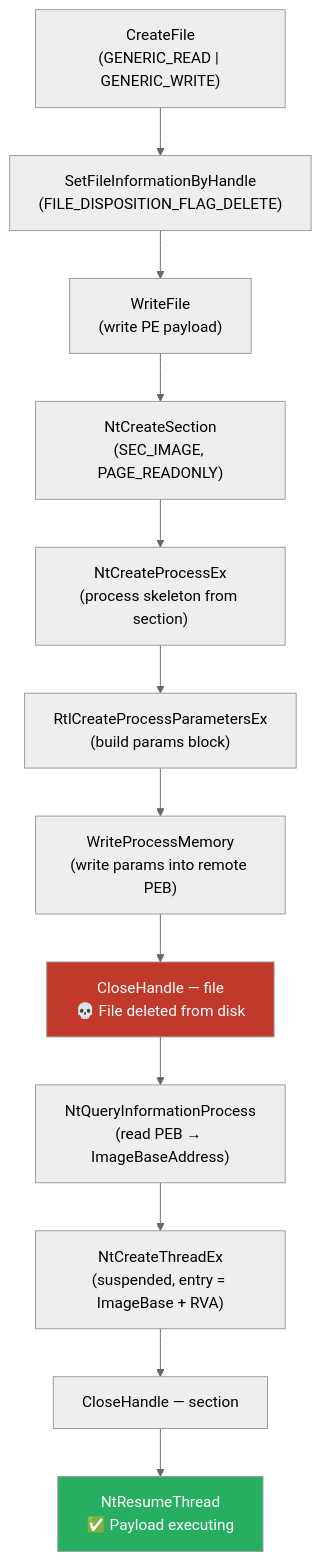
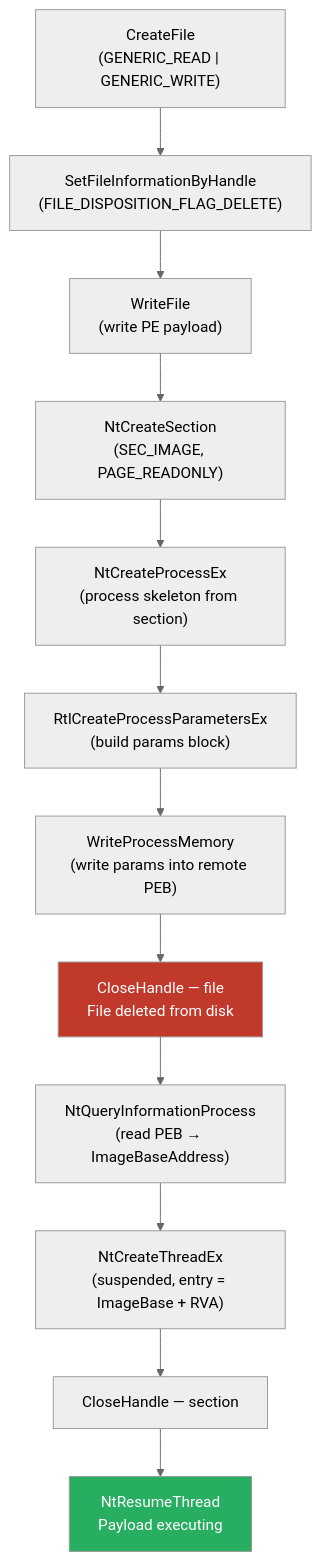
One commit to SamiAdamMoughli/LeftOnRead changed the diagram in README.md. Above: the diagram before and after it, drawn with Mermaid (neutral theme).

Commit message:
make readme less cringe...

````diff
--- a/README.md
+++ b/README.md
@@ -28,20 +28,20 @@
 ```mermaid
 flowchart TD
     A["CreateFile\n(GENERIC_READ | GENERIC_WRITE)"]
     B["SetFileInformationByHandle\n(FILE_DISPOSITION_FLAG_DELETE)"]
     C["WriteFile\n(write PE payload)"]
     D["NtCreateSection\n(SEC_IMAGE, PAGE_READONLY)"]
     E["NtCreateProcessEx\n(process skeleton from section)"]
     F["RtlCreateProcessParametersEx\n(build params block)"]
     G["WriteProcessMemory\n(write params into remote PEB)"]
-    H["CloseHandle — file\n💀 File deleted from disk"]
+    H["CloseHandle — file\n File deleted from disk"]
     I["NtQueryInformationProcess\n(read PEB → ImageBaseAddress)"]
     J["NtCreateThreadEx\n(suspended, entry = ImageBase + RVA)"]
     K["CloseHandle — section"]
-    L["NtResumeThread\n✅ Payload executing"]
+    L["NtResumeThread\n Payload executing"]
 
     A --> B --> C --> D --> E --> F --> G --> H --> I --> J --> K --> L
 
     style H fill:#c0392b,color:#fff
     style L fill:#27ae60,color:#fff
 ```
````
